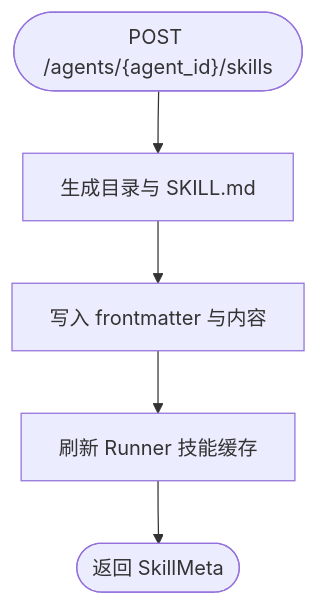
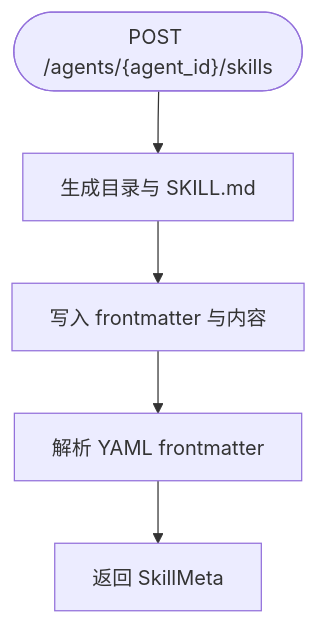
Before and after one commit to YU-JI-KUI/ark-agentic: the seventh of 10 diagrams in repowiki/zh/content/Studio 开发工具/Studio 开发工具.md, drawn with Mermaid. The commit also changed other lines of this file and 116 other files, not shown here.

````diff
--- a/repowiki/zh/content/Studio 开发工具/Studio 开发工具.md
+++ b/repowiki/zh/content/Studio 开发工具/Studio 开发工具.md
@@ -285,7 +333,7 @@
 ```mermaid
 flowchart TD
 S0(["POST /agents/{agent_id}/skills"]) --> S1["生成目录与 SKILL.md"]
 S1 --> S2["写入 frontmatter 与内容"]
-S2 --> S3["刷新 Runner 技能缓存"]
-S3 --> S4(["返回 SkillMeta"])
+S2 --> S3["解析 YAML frontmatter"]
+S3 --> S4["返回 SkillMeta"]
 ```
````
